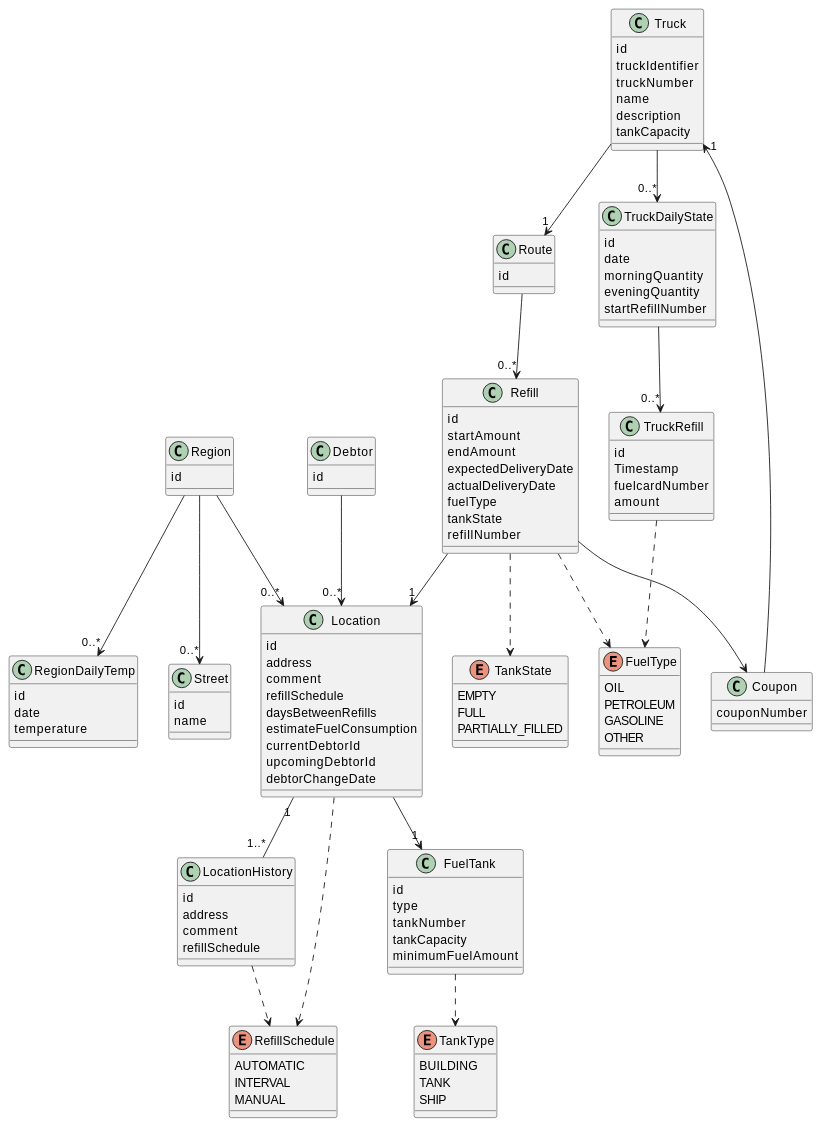
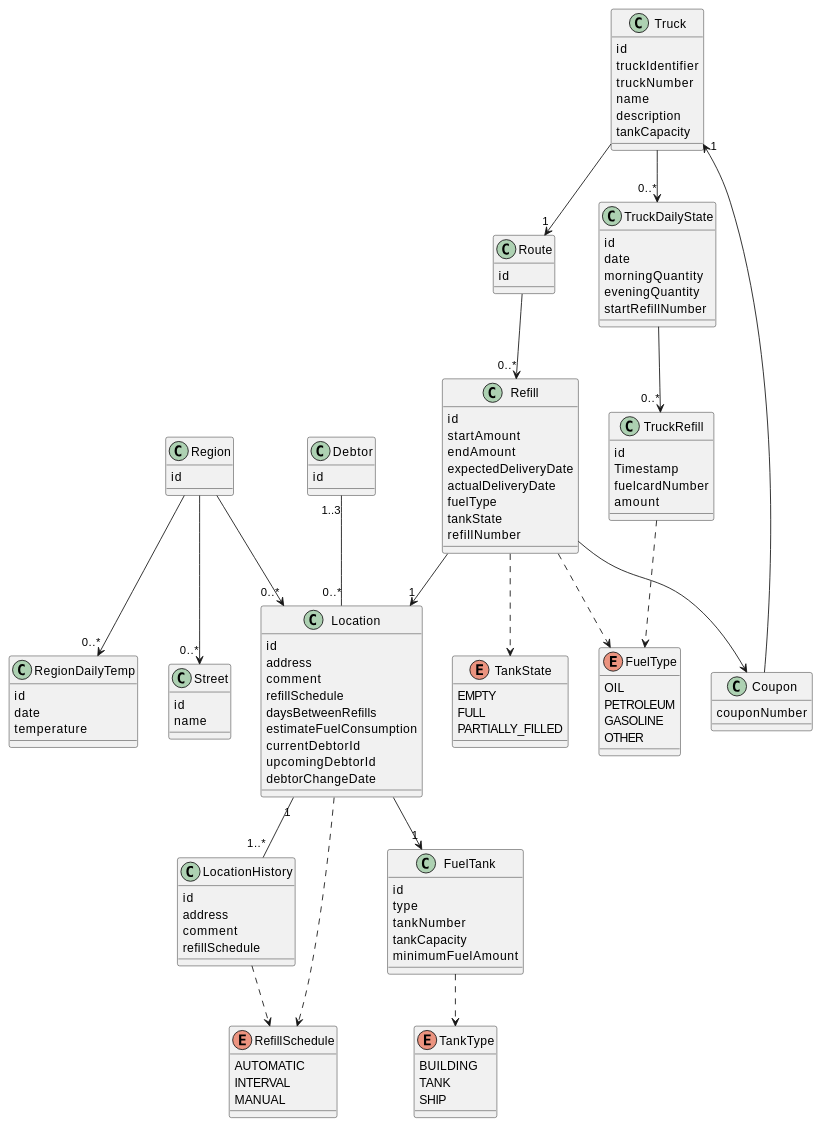
One commit to IT-Minds/client_comby_oilcontrols changed the diagram in docs/entity-datamodel.md. Above: the diagram before and after it, drawn with PlantUML. The commit also changed 5 other files, not shown here.

```diff
--- a/docs/entity-datamodel.md
+++ b/docs/entity-datamodel.md
@@ -132,7 +132,7 @@
 TruckDailyState --> "0..*" TruckRefill
 TruckRefill ..> FuelType
 Region --> "0..*" Street
-Debtor --> "0..*" Location
+Debtor "1..3" -- "0..*" Location
 Location --> "1" FuelTank
 Location ..> RefillSchedule
 LocationHistory ..> RefillSchedule
```
